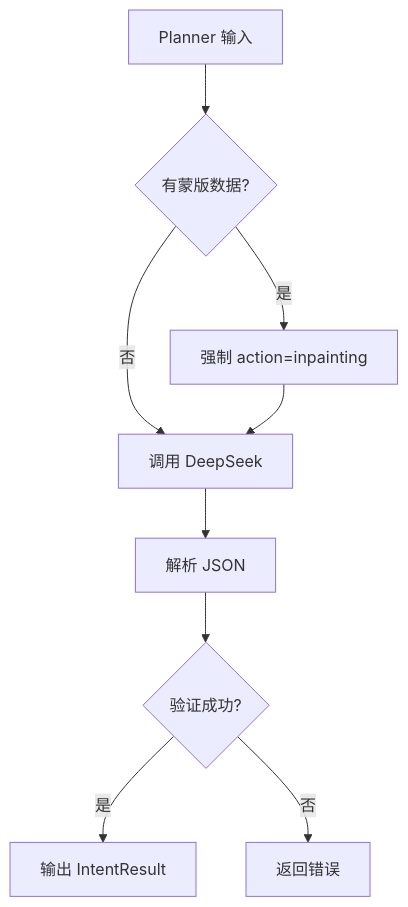
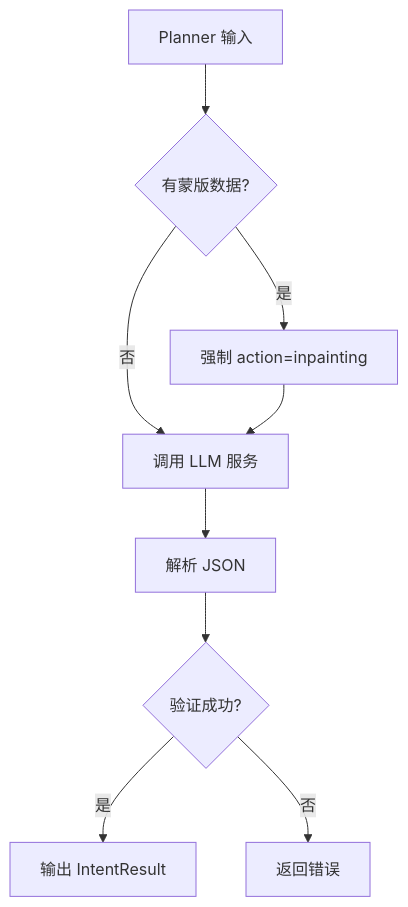
The fourth of 17 diagrams in docs/agent_state_machine.md (xinqingaa/aivista_agent), drawn with Mermaid before and after one commit. The commit also changed other lines of this file and 14 other files, not shown here.

````diff
--- a/docs/agent_state_machine.md
+++ b/docs/agent_state_machine.md
@@ -168,11 +168,11 @@
 ```mermaid
 graph TD
     PInput[Planner 输入] --> PCheck{有蒙版数据?}
     PCheck -->|是| PForceInpaint[强制 action=inpainting]
-    PCheck -->|否| PCallAPI[调用 DeepSeek]
+    PCheck -->|否| PCallAPI[调用 LLM 服务]
     PForceInpaint --> PCallAPI
     PCallAPI --> PParse[解析 JSON]
     PParse --> PValidate{验证成功?}
     PValidate -->|是| POutput[输出 IntentResult]
     PValidate -->|否| PError[返回错误]
 ```
````
